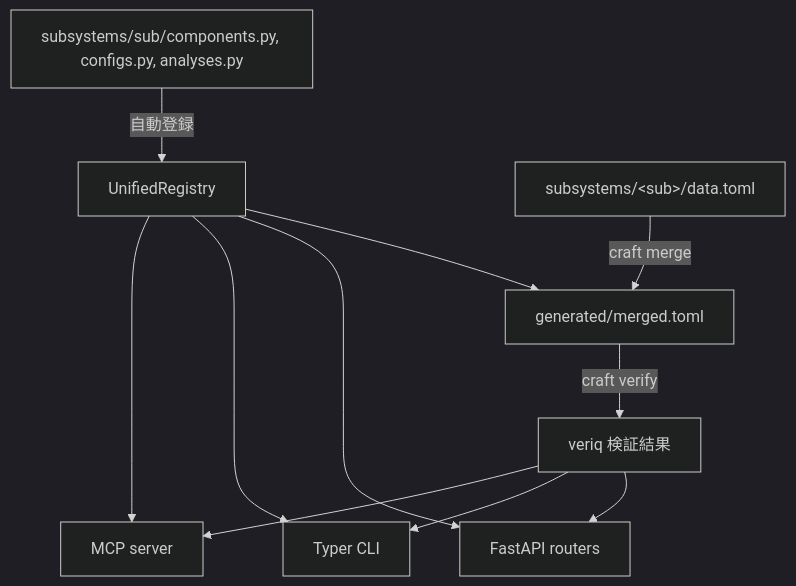
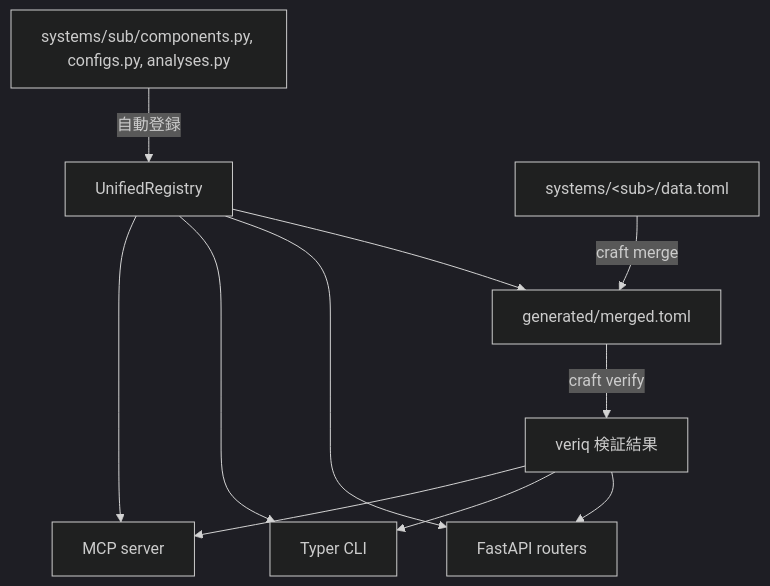
Before and after one commit to Akira-nkjm/craft: the diagram in docs/index.md, drawn with Mermaid (dark theme). The commit also changed other lines of this file and 152 other files, not shown here.

First line of the commit message:
refactor: rename subsystems/ to systems/ and subsystem → system throughout

````diff
--- a/docs/index.md
+++ b/docs/index.md
@@ -41,13 +41,13 @@
 ```mermaid
 graph TD
-    A["subsystems/sub/components.py, configs.py, analyses.py"] -->|自動登録| B[UnifiedRegistry]
-    C["subsystems/&lt;sub&gt;/data.toml"] -->|craft merge| D["generated/merged.toml"]
+    A["systems/sub/components.py, configs.py, analyses.py"] -->|自動登録| B[UnifiedRegistry]
+    C["systems/&lt;sub&gt;/data.toml"] -->|craft merge| D["generated/merged.toml"]
     B --> D
     D -->|craft verify| E["veriq 検証結果"]
     B --> F[FastAPI routers]
     B --> G[Typer CLI]
     B --> H[MCP server]
     E --> F
     E --> G
     E --> H
 ```
````
